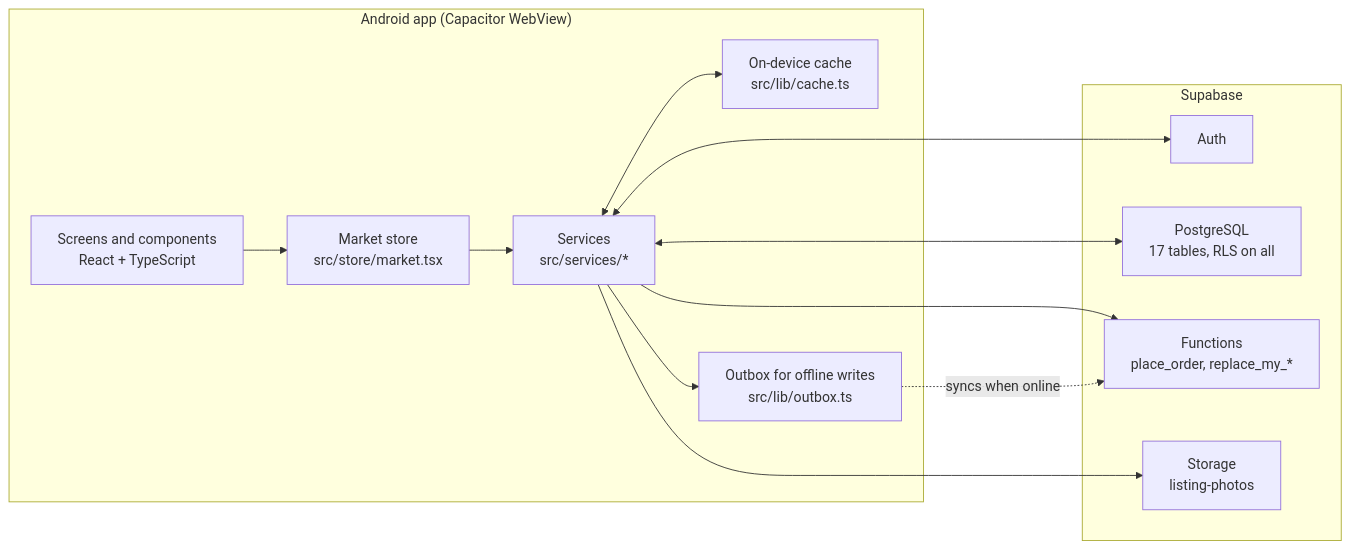
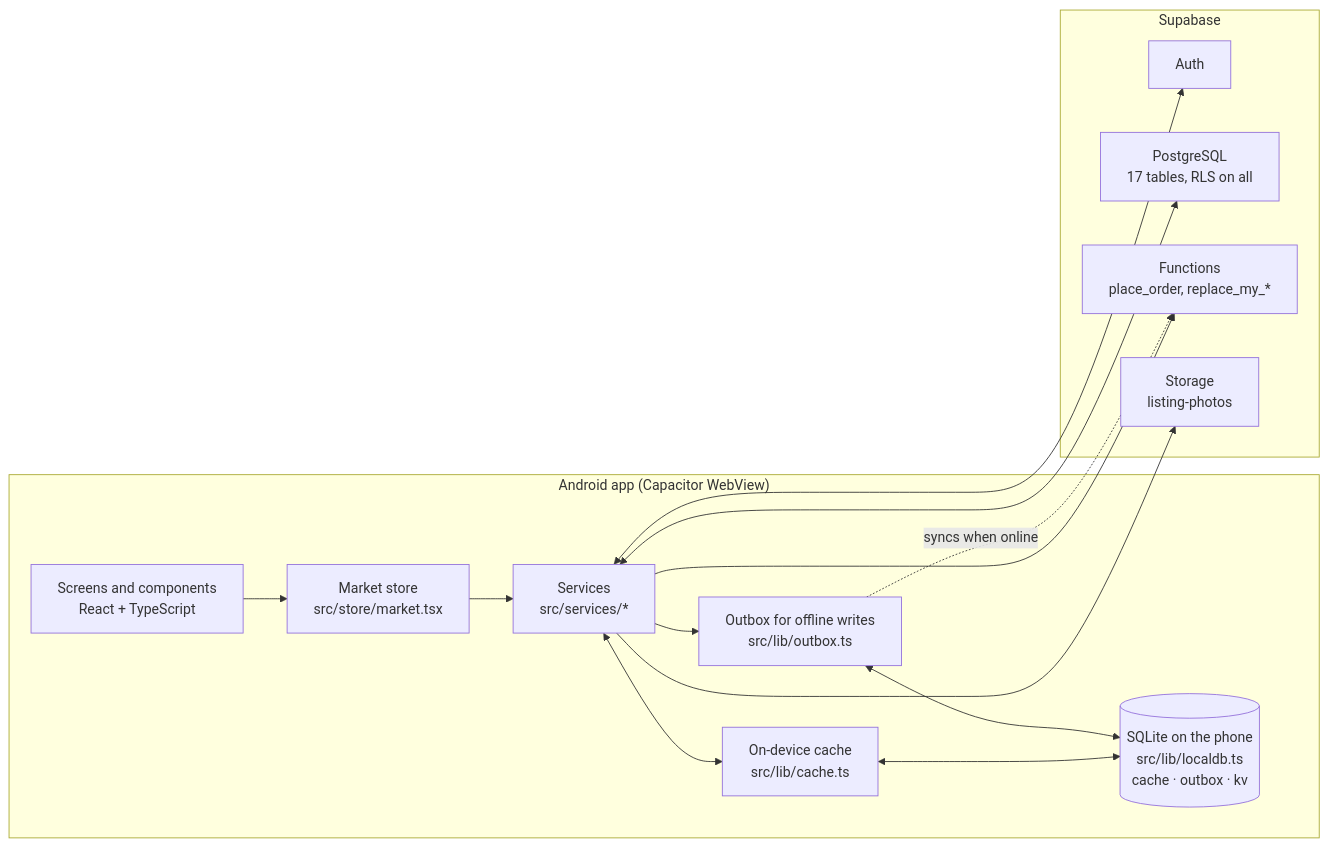
Before and after one commit to yslruzly/AniSense: the diagram in README.md, drawn with Mermaid. The commit also changed other lines of this file and 2 other files, not shown here.

Commit message:
Docs: SQLite offline design, opening without signal, orders and ratings live, featured farmers, nationwide sign-up, tab memory

````diff
--- a/README.md
+++ b/README.md
@@ -107,26 +115,29 @@
 ```mermaid
 flowchart LR
   subgraph Phone["Android app (Capacitor WebView)"]
     UI["Screens and components<br/>React + TypeScript"]
     Store["Market store<br/>src/store/market.tsx"]
     Services["Services<br/>src/services/*"]
     Cache["On-device cache<br/>src/lib/cache.ts"]
     Outbox["Outbox for offline writes<br/>src/lib/outbox.ts"]
+    LocalDB[("SQLite on the phone<br/>src/lib/localdb.ts<br/>cache · outbox · kv")]
   end
 
   subgraph Supabase
     Auth["Auth"]
     DB["PostgreSQL<br/>17 tables, RLS on all"]
     RPC["Functions<br/>place_order, replace_my_*"]
     Storage["Storage<br/>listing-photos"]
   end
 
   UI --> Store --> Services
   Services <--> Cache
   Services --> Outbox
+  Cache <--> LocalDB
+  Outbox <--> LocalDB
   Services <--> Auth
   Services <--> DB
   Services --> RPC
   Services --> Storage
   Outbox -. "syncs when online" .-> RPC
 ```
````
